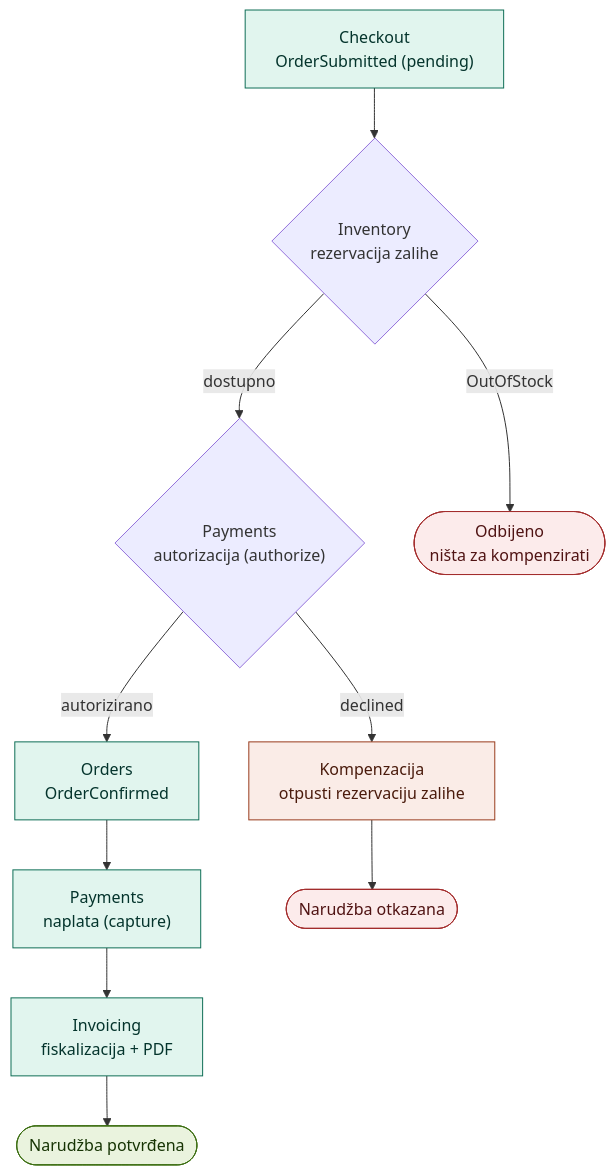
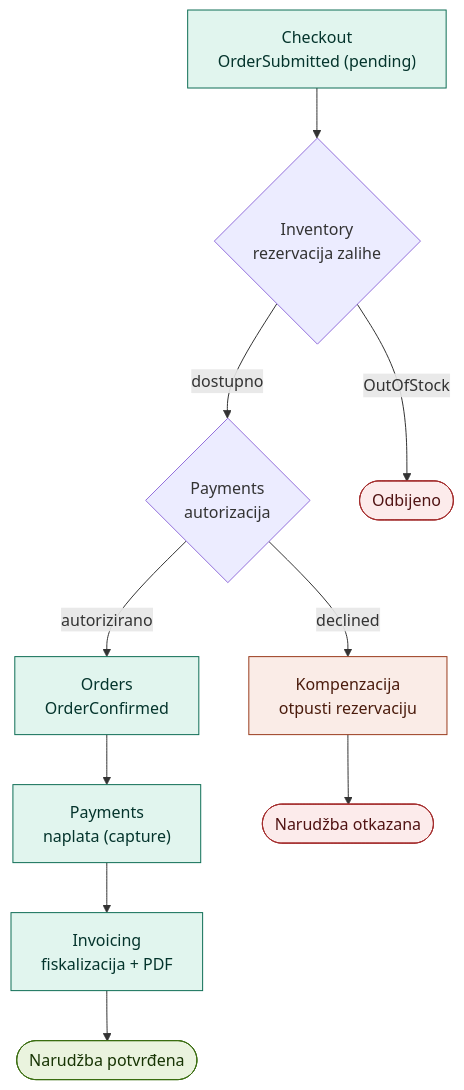
One commit to slavinjo/RetailPlatformArchitecure changed the second of 2 diagrams in docs/ARCHITECTURE_DESIGN.md. Above: the diagram before and after it, drawn with Mermaid. The commit also changed other lines of this file and 3 other files, not shown here.

Commit message:
Refactor CART_SPEC.md, ADR.md, ARCHITECTURE_DESIGN.md: Update document structure, improve clarity, remove excessive text and refine API specifications

````diff
--- a/docs/ARCHITECTURE_DESIGN.md
+++ b/docs/ARCHITECTURE_DESIGN.md
@@ -304,21 +139,21 @@
 ```mermaid
 flowchart TB
     A["Checkout<br/>OrderSubmitted (pending)"] --> B{"Inventory<br/>rezervacija zalihe"}
-    B -->|dostupno| C{"Payments<br/>autorizacija (authorize)"}
+    B -->|dostupno| C{"Payments<br/>autorizacija"}
     C -->|autorizirano| D["Orders<br/>OrderConfirmed"]
     D --> E["Payments<br/>naplata (capture)"]
     E --> F["Invoicing<br/>fiskalizacija + PDF"]
     F --> G(["Narudžba potvrđena"])
-    B -->|OutOfStock| H(["Odbijeno<br/>ništa za kompenzirati"])
-    C -->|declined| I["Kompenzacija<br/>otpusti rezervaciju zalihe"]
+    B -->|OutOfStock| H(["Odbijeno"])
+    C -->|declined| I["Kompenzacija<br/>otpusti rezervaciju"]
     I --> J(["Narudžba otkazana"])
 
     classDef happy fill:#E1F5EE,stroke:#0F6E56,color:#04342C;
     classDef comp fill:#FAECE7,stroke:#993C1D,color:#4A1B0C;
     classDef ok fill:#EAF3DE,stroke:#3B6D11,color:#173404;
     classDef fail fill:#FCEBEB,stroke:#A32D2D,color:#501313;
     class A,D,E,F happy;
     class I comp;
     class G ok;
     class H,J fail;
 ```
````
